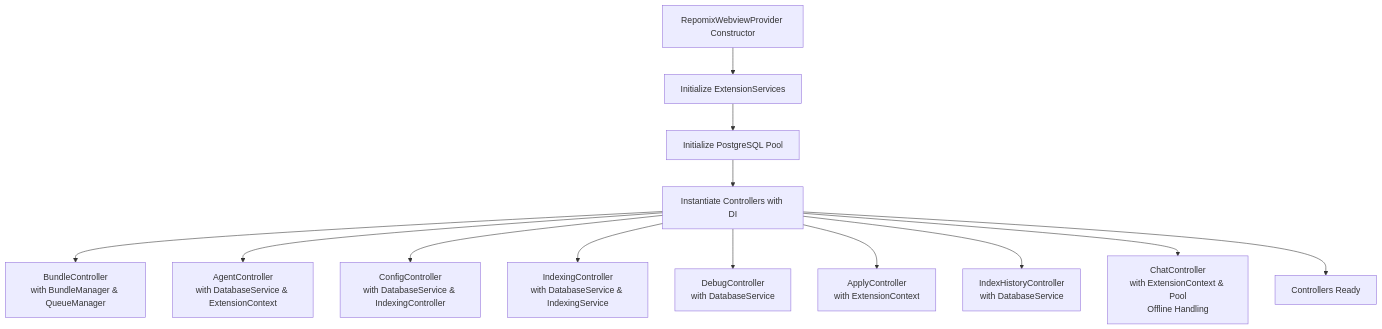
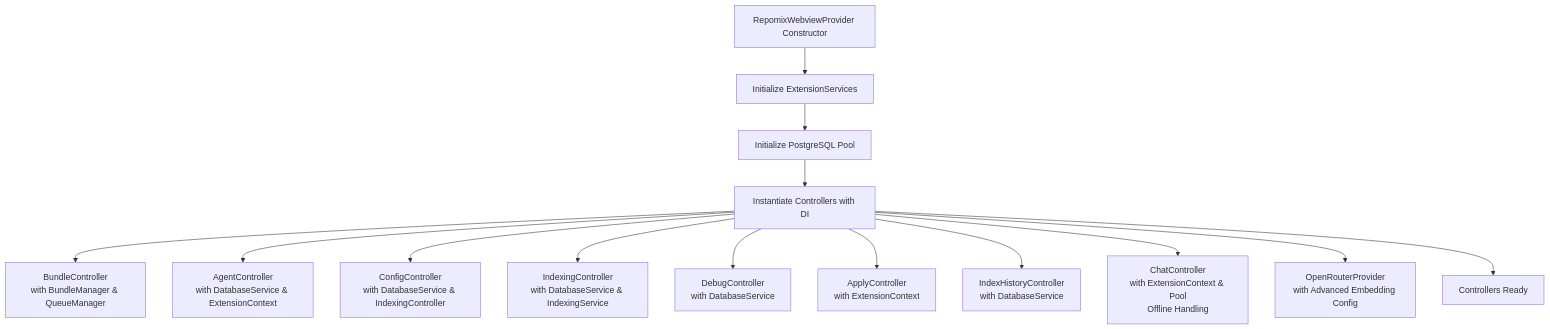
Diagram 15 of 19 in .qoder/repowiki/en/content/Webview Interface/Webview Interface.md (bramburn/repomix-runner), drawn with Mermaid before and after one commit. The commit also changed other lines of this file and 14 other files, not shown here.

````diff
--- a/.qoder/repowiki/en/content/Webview Interface/Webview Interface.md
+++ b/.qoder/repowiki/en/content/Webview Interface/Webview Interface.md
@@ -1433,15 +1478,16 @@
 ```mermaid
 flowchart TD
 START["RepomixWebviewProvider Constructor"] --> Services["Initialize ExtensionServices"]
 Services --> Pool["Initialize PostgreSQL Pool"]
 Pool --> Controllers["Instantiate Controllers with DI"]
 Controllers --> BundleCtrl["BundleController<br/>with BundleManager & QueueManager"]
 Controllers --> AgentCtrl["AgentController<br/>with DatabaseService & ExtensionContext"]
 Controllers --> ConfigCtrl["ConfigController<br/>with DatabaseService & IndexingController"]
 Controllers --> IndexCtrl["IndexingController<br/>with DatabaseService & IndexingService"]
 Controllers --> DebugCtrl["DebugController<br/>with DatabaseService"]
 Controllers --> ApplyCtrl["ApplyController<br/>with ExtensionContext"]
 Controllers --> HistoryCtrl["IndexHistoryController<br/>with DatabaseService"]
 Controllers --> ChatCtrl["ChatController<br/>with ExtensionContext & Pool<br/>Offline Handling"]
+Controllers --> OpenRouterProv["OpenRouterProvider<br/>with Advanced Embedding Config"]
 Controllers --> Ready["Controllers Ready"]
 ```
````
